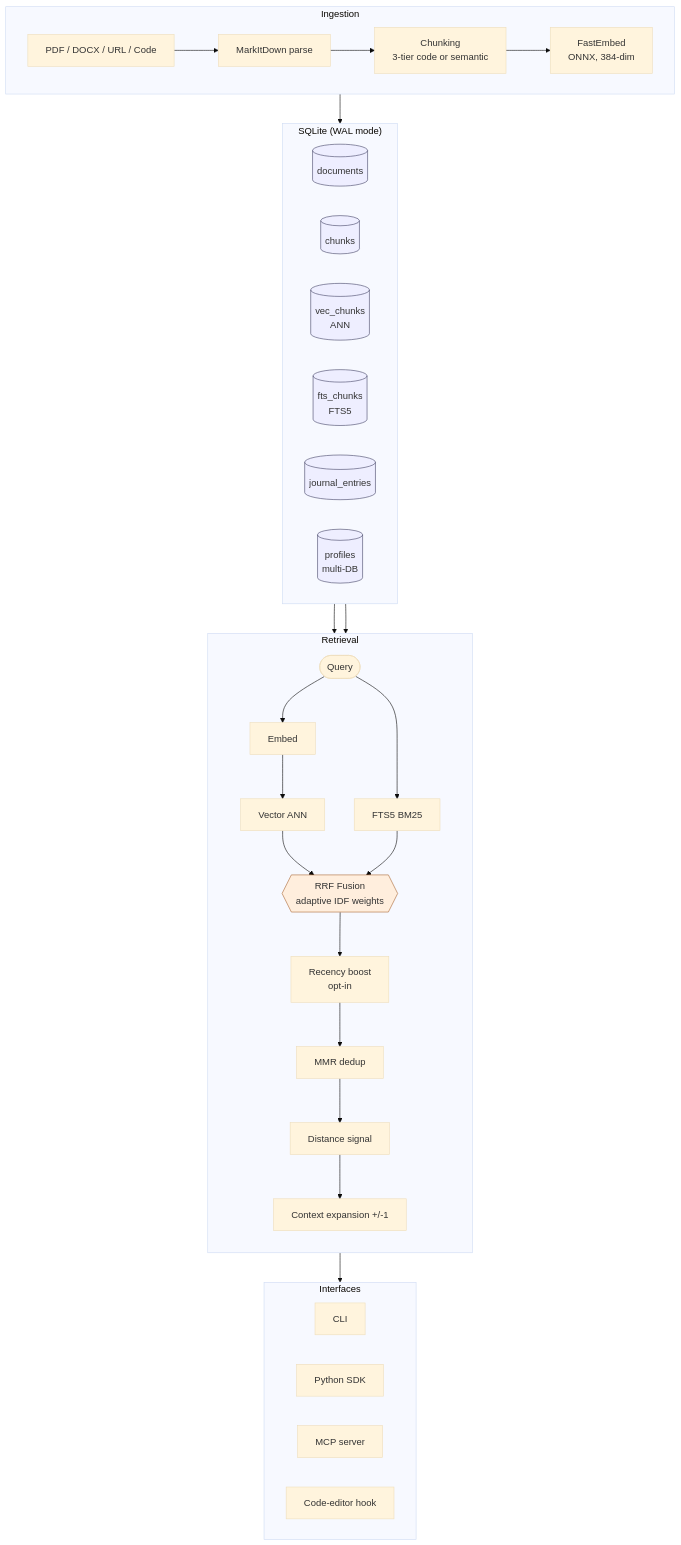
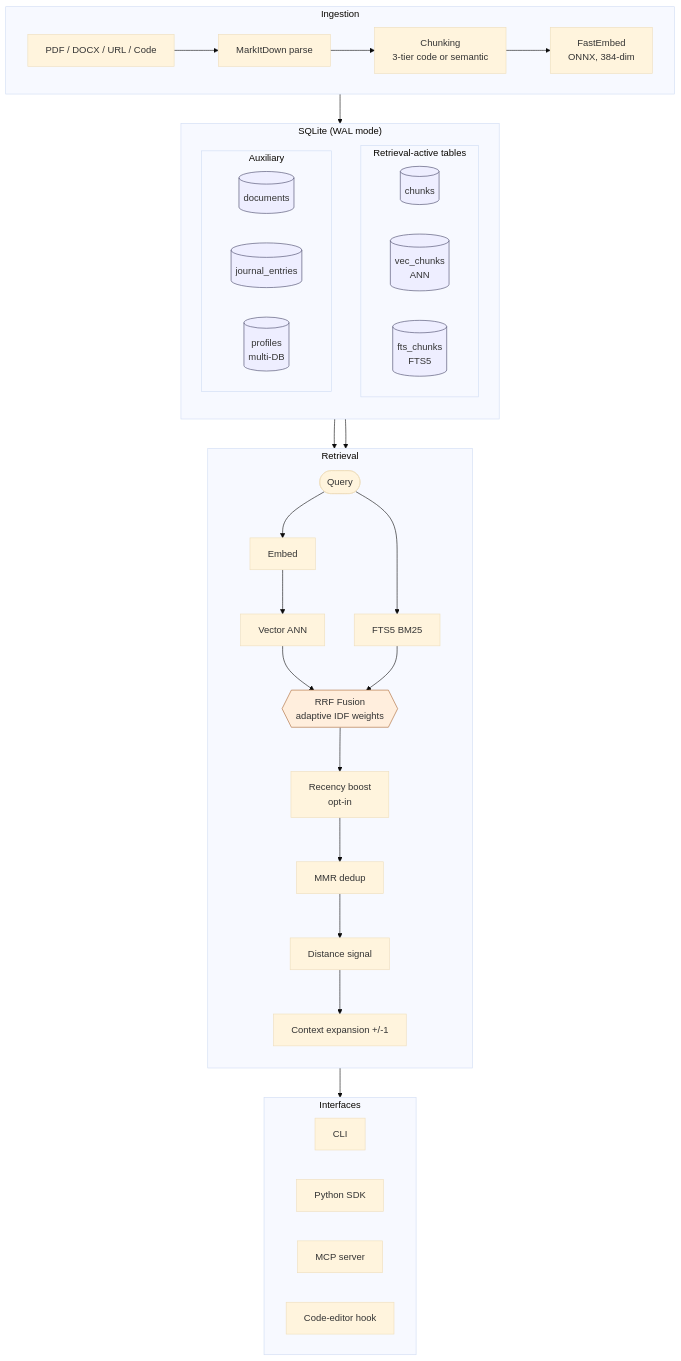
One commit to stffns/vstash changed the first of 2 diagrams in paper/v2/vstash-paper-v2.md. Above: the diagram before and after it, drawn with Mermaid (base theme). The commit also changed other lines of this file and 18 other files, not shown here.

````diff
--- a/paper/v2/vstash-paper-v2.md
+++ b/paper/v2/vstash-paper-v2.md
@@ -258,50 +285,56 @@
 ```mermaid
 flowchart TB
     subgraph INGEST["Ingestion"]
         direction LR
         SRC["PDF / DOCX / URL / Code"] --> PARSE["MarkItDown parse"]
         PARSE --> CHUNK["Chunking<br/>3-tier code or semantic"]
         CHUNK --> EMBED["FastEmbed<br/>ONNX, 384-dim"]
     end
 
     subgraph STORE["SQLite (WAL mode)"]
-        direction LR
-        T1[(documents)]
-        T2[(chunks)]
-        T3[("vec_chunks<br/>ANN")]
-        T4[("fts_chunks<br/>FTS5")]
-        T5[(journal_entries)]
-        T6[("profiles<br/>multi-DB")]
+        direction TB
+        subgraph CORE["Retrieval-active tables"]
+            direction LR
+            T2[(chunks)]
+            T3[("vec_chunks<br/>ANN")]
+            T4[("fts_chunks<br/>FTS5")]
+        end
+        subgraph AUX["Auxiliary"]
+            direction LR
+            T1[(documents)]
+            T5[(journal_entries)]
+            T6[("profiles<br/>multi-DB")]
+        end
     end
 
     subgraph RETRIEVE["Retrieval"]
         direction TB
         Q(["Query"]) --> QE["Embed"]
         Q --> FTS["FTS5 BM25"]
         QE --> VEC["Vector ANN"]
         VEC --> RRF{{"RRF Fusion<br/>adaptive IDF weights"}}
         FTS --> RRF
         RRF --> BOOST["Recency boost<br/>opt-in"]
         BOOST --> MMR["MMR dedup"]
         MMR --> SIG["Distance signal"]
         SIG --> CTX["Context expansion +/-1"]
     end
 
     subgraph IFACE["Interfaces"]
         direction LR
         CLI[CLI]
         SDK["Python SDK"]
         MCP["MCP server"]
         HOOK["Code-editor hook"]
     end
 
     EMBED --> STORE
     STORE --> VEC
     STORE --> FTS
     CTX --> IFACE
 
     classDef store fill:#eef,stroke:#446,stroke-width:1px;
     classDef gate fill:#fed,stroke:#a63,stroke-width:1px;
     class T1,T2,T3,T4,T5,T6 store;
     class RRF gate;
 ```
````
